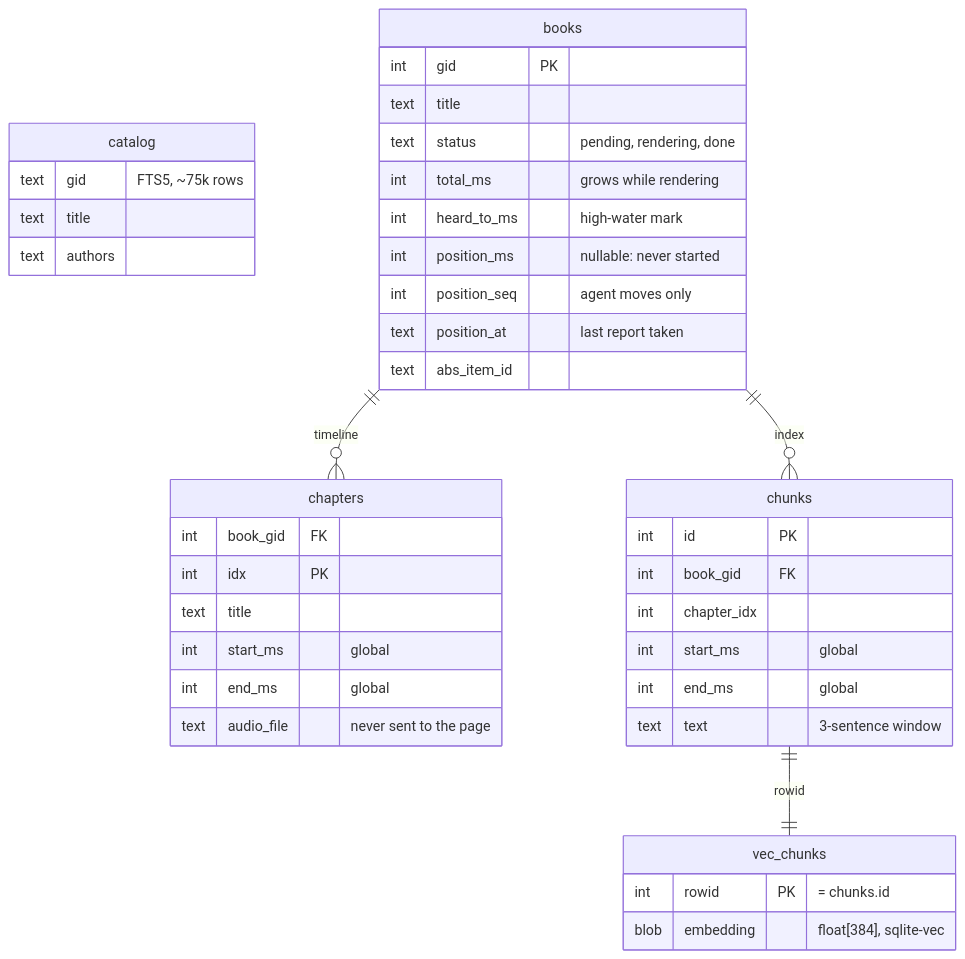
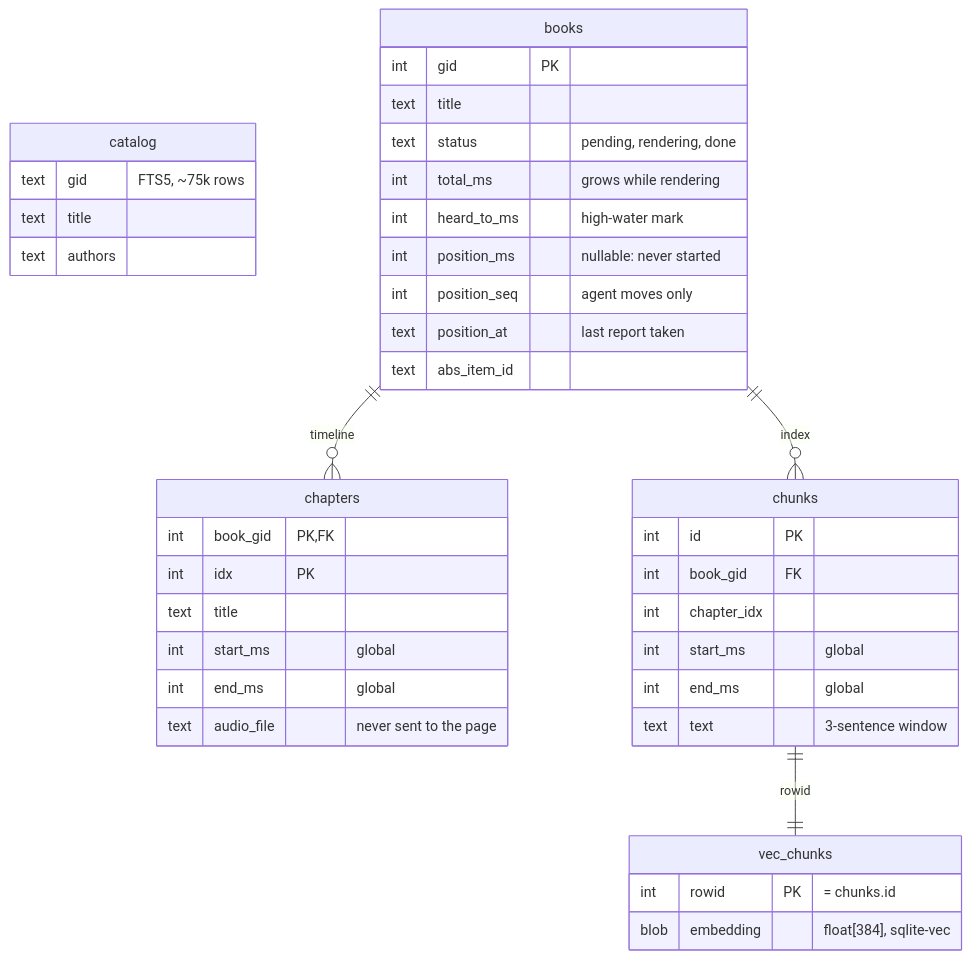
The third of 5 diagrams in docs/explanations/architecture.md (gilesknap/somnia), drawn with Mermaid before and after one commit. The commit also changed other lines of this file and 2 other files, not shown here.

````diff
--- a/docs/explanations/architecture.md
+++ b/docs/explanations/architecture.md
@@ -121,43 +123,43 @@
 ```mermaid
 erDiagram
   catalog {
     text gid "FTS5, ~75k rows"
     text title
     text authors
   }
   books {
     int gid PK
     text title
     text status "pending, rendering, done"
     int total_ms "grows while rendering"
     int heard_to_ms "high-water mark"
     int position_ms "nullable: never started"
     int position_seq "agent moves only"
     text position_at "last report taken"
     text abs_item_id
   }
   chapters {
-    int book_gid FK
+    int book_gid PK, FK
     int idx PK
     text title
     int start_ms "global"
     int end_ms "global"
     text audio_file "never sent to the page"
   }
   chunks {
     int id PK
     int book_gid FK
     int chapter_idx
     int start_ms "global"
     int end_ms "global"
     text text "3-sentence window"
   }
   vec_chunks {
     int rowid PK "= chunks.id"
     blob embedding "float[384], sqlite-vec"
   }
 
   books ||--o{ chapters : "timeline"
   books ||--o{ chunks : "index"
   chunks ||--|| vec_chunks : "rowid"
 ```
````
